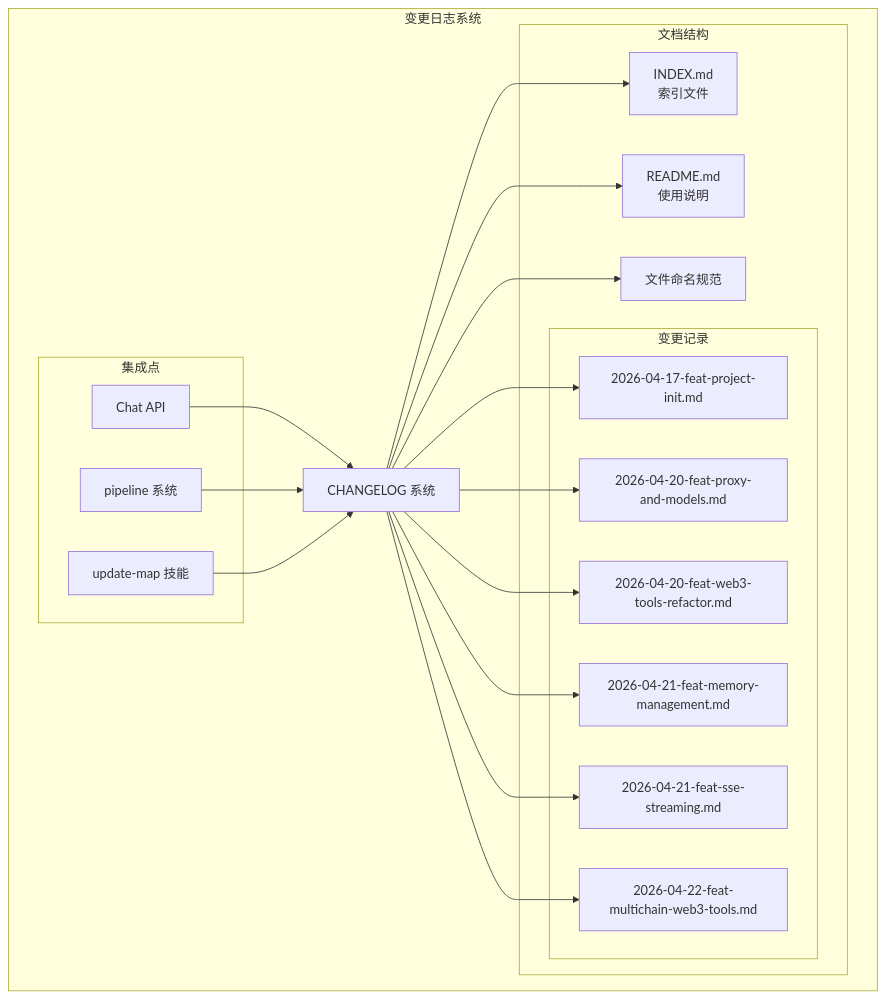
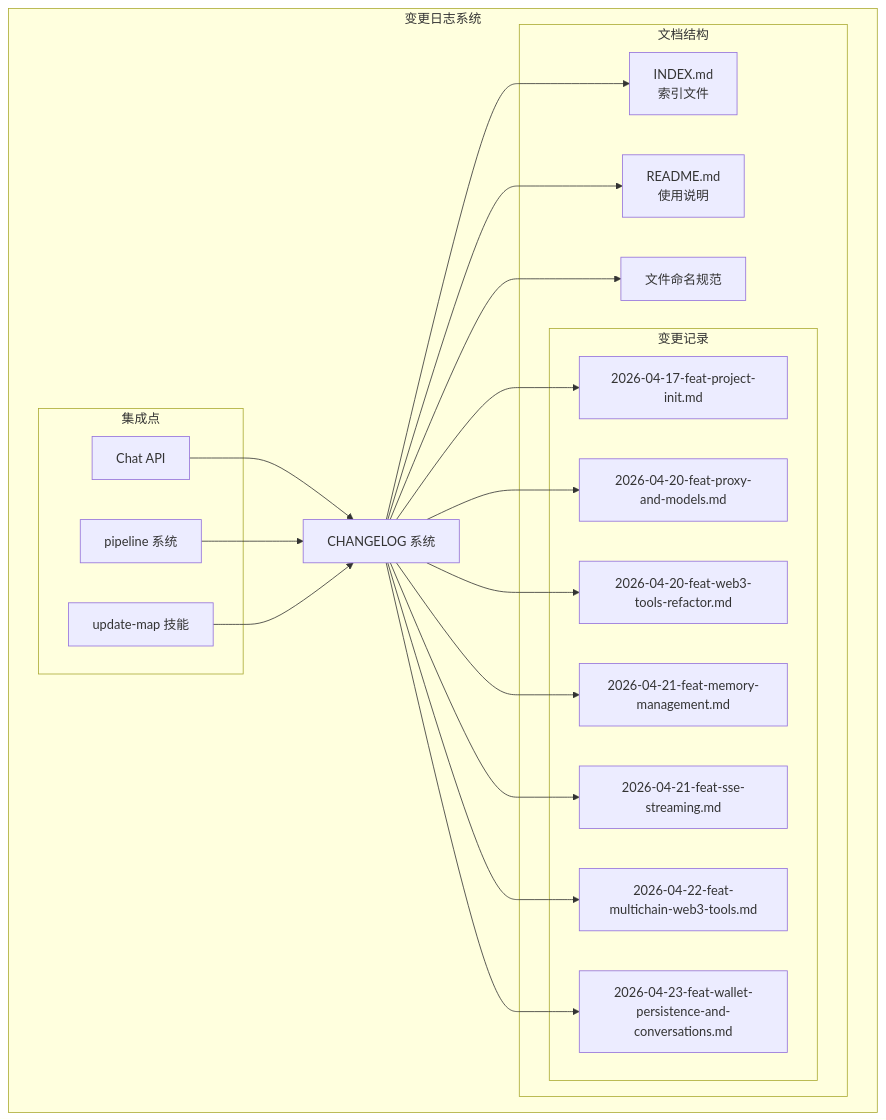
The first of 5 diagrams in .qoder/repowiki/zh/content/项目概述/变更日志系统.md (CryptoLinxu/Web3-AI-Agent), drawn with Mermaid before and after one commit. The commit also changed other lines of this file and 9 other files, not shown here.

````diff
--- a/.qoder/repowiki/zh/content/项目概述/变更日志系统.md
+++ b/.qoder/repowiki/zh/content/项目概述/变更日志系统.md
@@ -64,36 +79,38 @@
 ```mermaid
 graph TB
 subgraph "变更日志系统"
 CL[CHANGELOG 系统]
 subgraph "文档结构"
 IDX[INDEX.md<br/>索引文件]
 RMD[README.md<br/>使用说明]
 FMT[文件命名规范]
 subgraph "变更记录"
 D17[2026-04-17-feat-project-init.md]
 D20_1[2026-04-20-feat-proxy-and-models.md]
 D20_2[2026-04-20-feat-web3-tools-refactor.md]
 D21_1[2026-04-21-feat-memory-management.md]
 D21_2[2026-04-21-feat-sse-streaming.md]
 D22[2026-04-22-feat-multichain-web3-tools.md]
+D23[2026-04-23-feat-wallet-persistence-and-conversations.md]
 end
 end
 subgraph "集成点"
 API[Chat API]
 PIPE[pipeline 系统]
 UPDATE[update-map 技能]
 end
 end
 CL --> IDX
 CL --> RMD
 CL --> FMT
 CL --> D17
 CL --> D20_1
 CL --> D20_2
 CL --> D21_1
 CL --> D21_2
 CL --> D22
+CL --> D23
 API --> CL
 PIPE --> CL
 UPDATE --> CL
 ```
````
